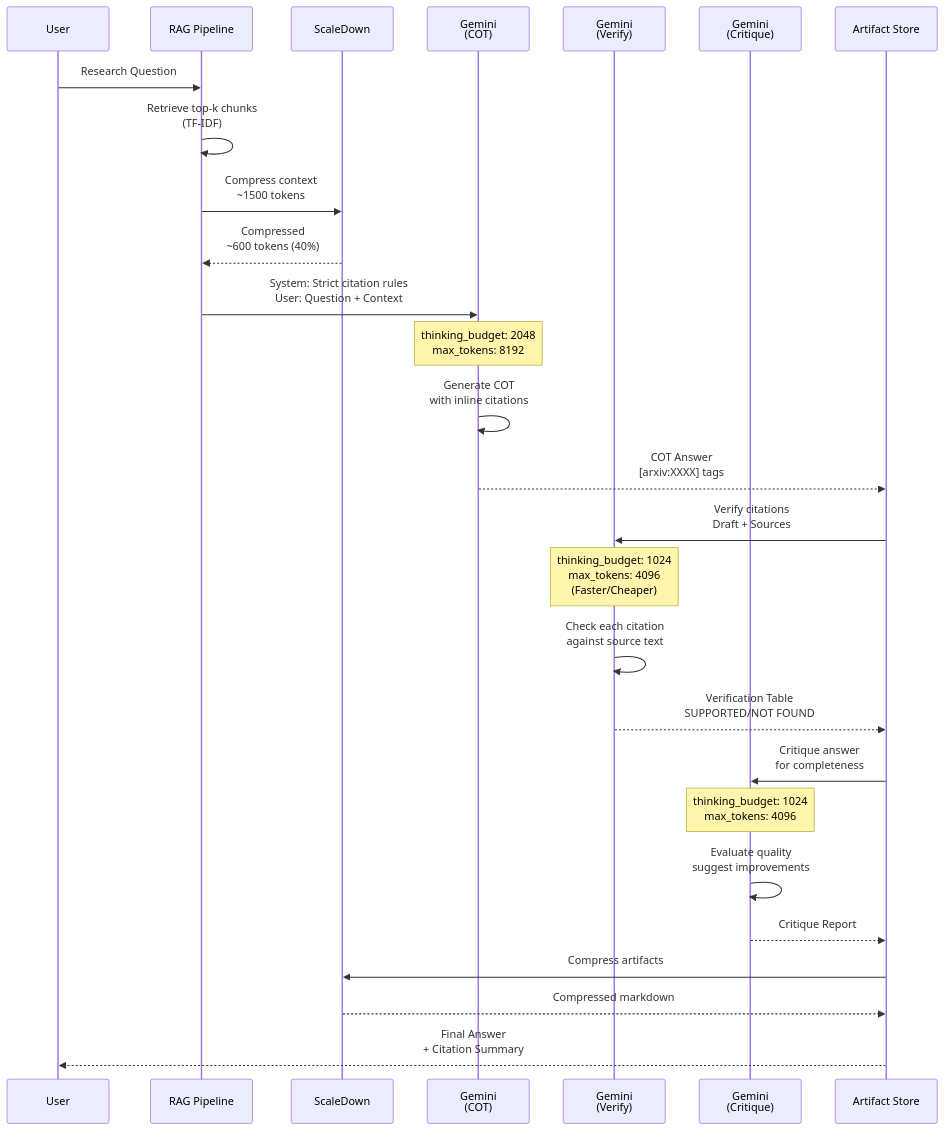
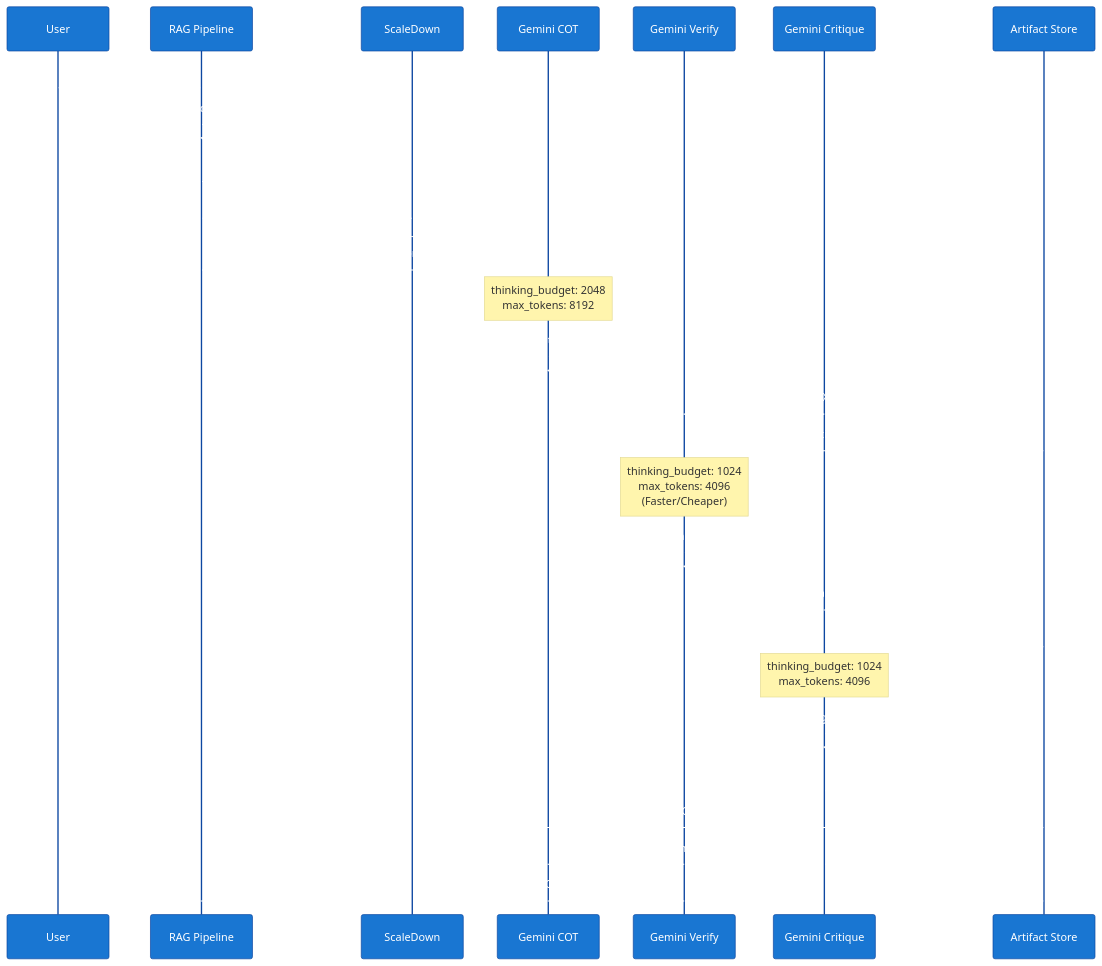
One commit to invaderinvalid/RAG changed the third of 8 diagrams in README.md. Above: the diagram before and after it, drawn with Mermaid. The commit also changed other lines of this file, not shown here.

````diff
--- a/README.md
+++ b/README.md
@@ -188,34 +195,35 @@
 ```mermaid
+%%{init: {'theme':'base', 'themeVariables': { 'primaryColor':'#1976d2','primaryTextColor':'#fff','primaryBorderColor':'#0d47a1','lineColor':'#424242','secondaryColor':'#f57c00','tertiaryColor':'#2e7d32'}}}%%
 sequenceDiagram
     participant User
     participant RAG as RAG Pipeline
     participant SD as ScaleDown
-    participant G1 as Gemini<br/>(COT)
-    participant G2 as Gemini<br/>(Verify)
-    participant G3 as Gemini<br/>(Critique)
+    participant G1 as Gemini COT
+    participant G2 as Gemini Verify
+    participant G3 as Gemini Critique
     participant Store as Artifact Store
 
     User->>RAG: Research Question
-    RAG->>RAG: Retrieve top-k chunks<br/>(TF-IDF)
-    RAG->>SD: Compress context<br/>~1500 tokens
-    SD-->>RAG: Compressed<br/>~600 tokens (40%)
+    RAG->>RAG: Retrieve top-k chunks (TF-IDF)
+    RAG->>SD: Compress context ~1500 tokens
+    SD-->>RAG: Compressed ~600 tokens (40%)
     
     RAG->>G1: System: Strict citation rules<br/>User: Question + Context
     Note over G1: thinking_budget: 2048<br/>max_tokens: 8192
-    G1->>G1: Generate COT<br/>with inline citations
-    G1-->>Store: COT Answer<br/>[arxiv:XXXX] tags
+    G1->>G1: Generate COT with inline citations
+    G1-->>Store: COT Answer [arxiv:XXXX] tags
     
-    Store->>G2: Verify citations<br/>Draft + Sources
+    Store->>G2: Verify citations Draft + Sources
     Note over G2: thinking_budget: 1024<br/>max_tokens: 4096<br/>(Faster/Cheaper)
-    G2->>G2: Check each citation<br/>against source text
-    G2-->>Store: Verification Table<br/>SUPPORTED/NOT FOUND
+    G2->>G2: Check each citation against source text
+    G2-->>Store: Verification Table SUPPORTED/NOT FOUND
     
-    Store->>G3: Critique answer<br/>for completeness
+    Store->>G3: Critique answer for completeness
     Note over G3: thinking_budget: 1024<br/>max_tokens: 4096
-    G3->>G3: Evaluate quality<br/>suggest improvements
+    G3->>G3: Evaluate quality suggest improvements
     G3-->>Store: Critique Report
     
     Store->>SD: Compress artifacts
     SD-->>Store: Compressed markdown
-    Store-->>User: Final Answer<br/>+ Citation Summary
+    Store-->>User: Final Answer + Citation Summary
 ```
````
